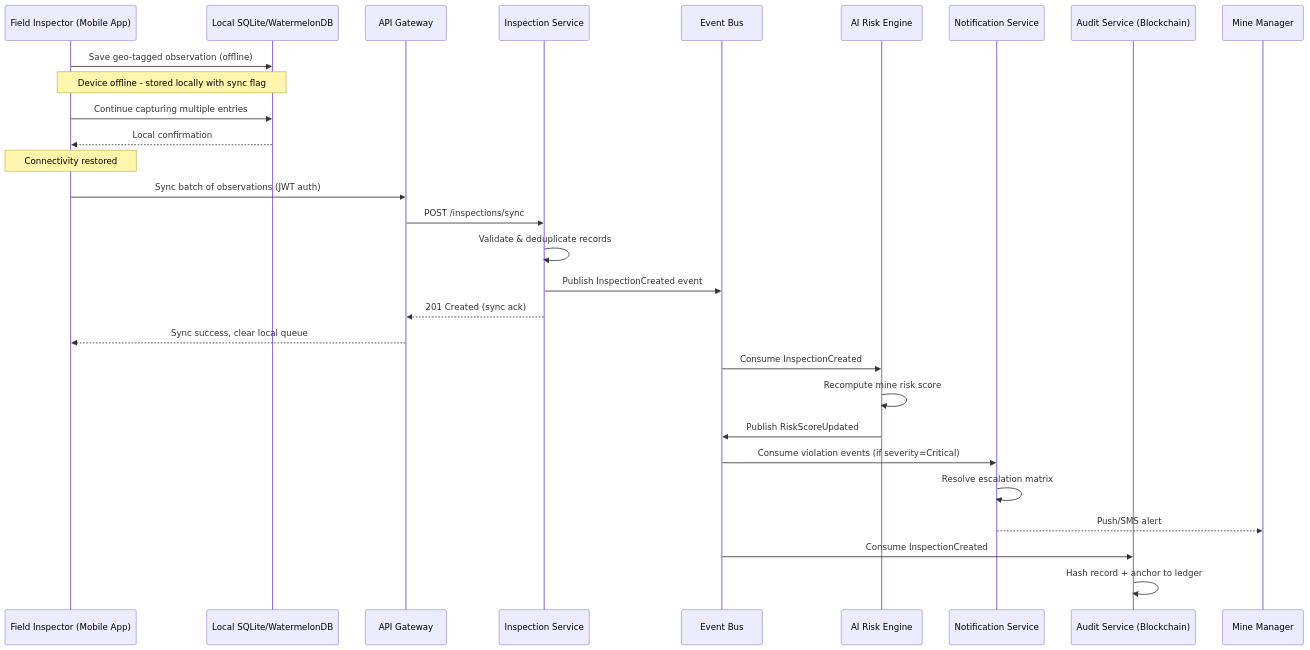
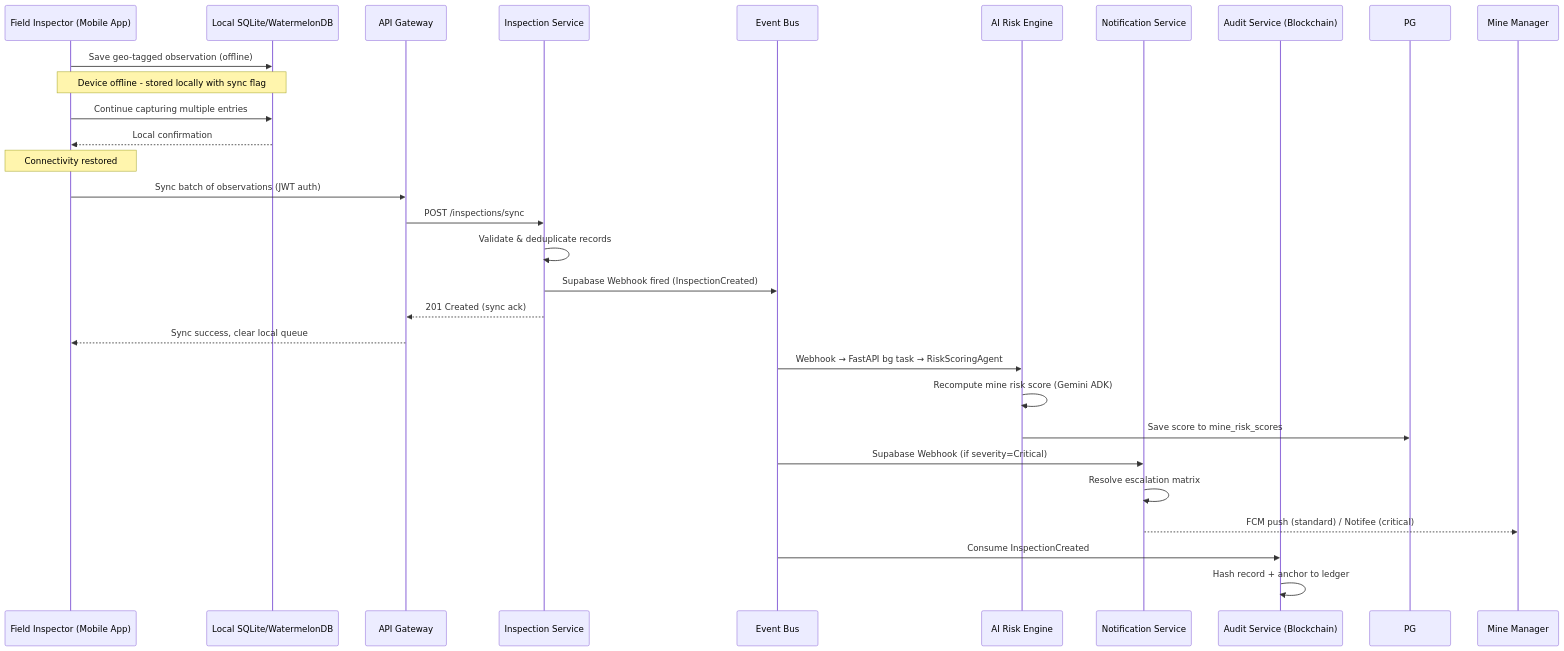
One commit to Coalmast/SIH2k26-1 changed the fifth of 18 diagrams in docs/PRD.md. Above: the diagram before and after it, drawn with Mermaid. The commit also changed other lines of this file and 25 other files, not shown here.

````diff
--- a/docs/PRD.md
+++ b/docs/PRD.md
@@ -468,35 +468,35 @@
 ```mermaid
 sequenceDiagram
     participant FI as Field Inspector (Mobile App)
     participant LDB as Local SQLite/WatermelonDB
     participant GW as API Gateway
     participant INSP as Inspection Service
     participant KAFKA as Event Bus
     participant AI as AI Risk Engine
     participant NOTIF as Notification Service
     participant AUDIT as Audit Service (Blockchain)
 
     FI->>LDB: Save geo-tagged observation (offline)
     Note over FI,LDB: Device offline - stored locally with sync flag
     FI->>LDB: Continue capturing multiple entries
     LDB-->>FI: Local confirmation
 
     Note over FI: Connectivity restored
     FI->>GW: Sync batch of observations (JWT auth)
     GW->>INSP: POST /inspections/sync
     INSP->>INSP: Validate & deduplicate records
-    INSP->>KAFKA: Publish InspectionCreated event
+    INSP->>KAFKA: Supabase Webhook fired (InspectionCreated)
     INSP-->>GW: 201 Created (sync ack)
     GW-->>FI: Sync success, clear local queue
 
-    KAFKA->>AI: Consume InspectionCreated
-    AI->>AI: Recompute mine risk score
-    AI->>KAFKA: Publish RiskScoreUpdated
+    KAFKA->>AI: Webhook → FastAPI bg task → RiskScoringAgent
+    AI->>AI: Recompute mine risk score (Gemini ADK)
+    AI->>PG: Save score to mine_risk_scores
 
-    KAFKA->>NOTIF: Consume violation events (if severity=Critical)
+    KAFKA->>NOTIF: Supabase Webhook (if severity=Critical)
     NOTIF->>NOTIF: Resolve escalation matrix
-    NOTIF-->>Mine Manager: Push/SMS alert
+    NOTIF-->>Mine Manager: FCM push (standard) / Notifee (critical)
 
     KAFKA->>AUDIT: Consume InspectionCreated
     AUDIT->>AUDIT: Hash record + anchor to ledger
 ```
````
